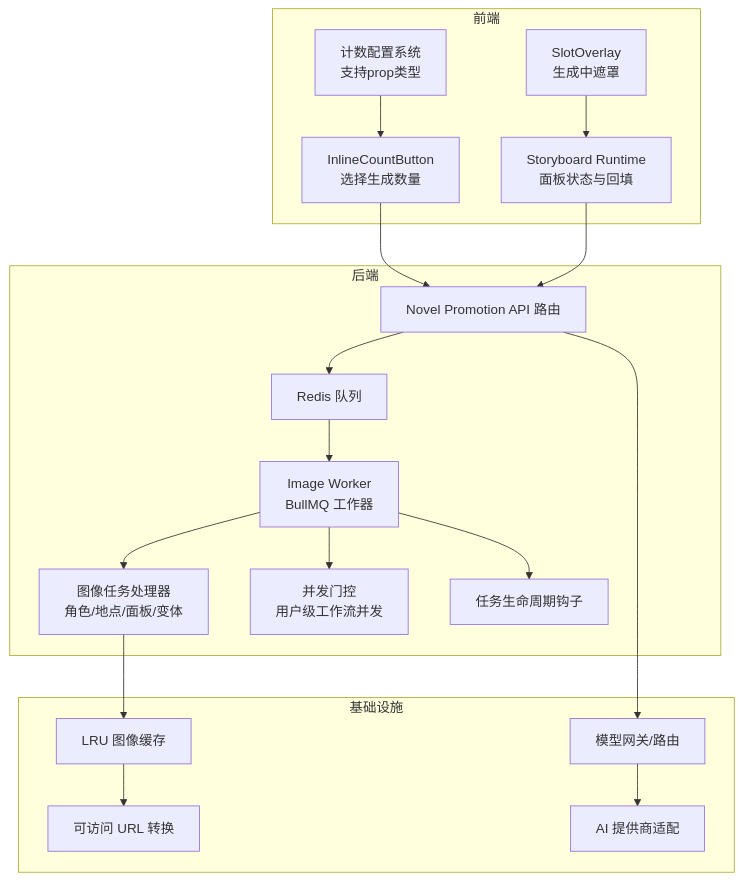
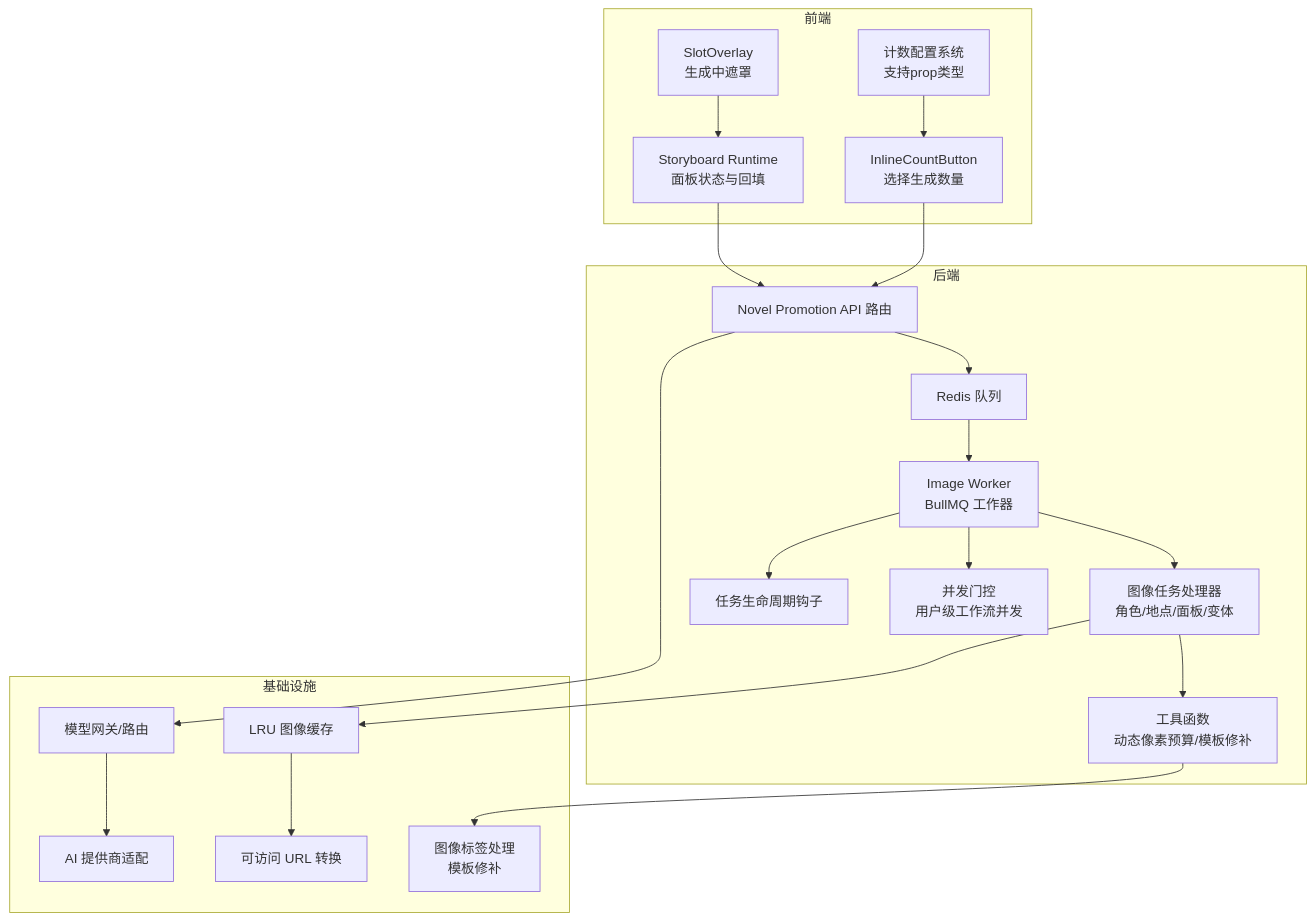
Before and after one commit to lyl2021/waoowaoo: the first of 10 diagrams in .qoder/repowiki/zh/content/小说推广工作流/图像生成集成.md, drawn with Mermaid. The commit also changed other lines of this file and 15 other files, not shown here.

````diff
--- a/.qoder/repowiki/zh/content/小说推广工作流/图像生成集成.md
+++ b/.qoder/repowiki/zh/content/小说推广工作流/图像生成集成.md
@@ -113,36 +118,40 @@
 ```mermaid
 graph TB
 subgraph "前端"
 UI_Count["InlineCountButton<br/>选择生成数量"]
 UI_Overlay["SlotOverlay<br/>生成中遮罩"]
 Runtime["Storyboard Runtime<br/>面板状态与回填"]
 CountConfig["计数配置系统<br/>支持prop类型"]
 end
 subgraph "后端"
 API["Novel Promotion API 路由"]
 Worker["Image Worker<br/>BullMQ 工作器"]
 Handlers["图像任务处理器<br/>角色/地点/面板/变体"]
 Queue["Redis 队列"]
 Concurrency["并发门控<br/>用户级工作流并发"]
 Shared["任务生命周期钩子"]
+Utils["工具函数<br/>动态像素预算/模板修补"]
 end
 subgraph "基础设施"
 Cache["LRU 图像缓存"]
 Storage["可访问 URL 转换"]
 Gateway["模型网关/路由"]
 Providers["AI 提供商适配"]
+Labeling["图像标签处理<br/>模板修补"]
 end
 UI_Count --> API
 UI_Overlay --> Runtime
 Runtime --> API
 API --> Queue
 Queue --> Worker
 Worker --> Handlers
 Worker --> Concurrency
 Worker --> Shared
+Handlers --> Utils
+Utils --> Labeling
 Handlers --> Cache
 Cache --> Storage
 API --> Gateway
 Gateway --> Providers
 CountConfig --> UI_Count
 ```
````
